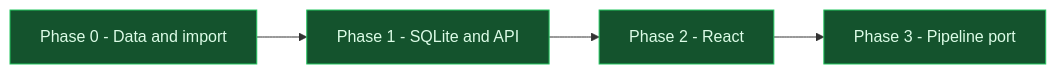
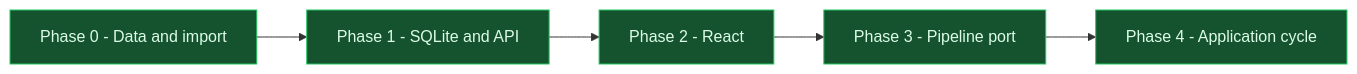
Before and after one commit to HDias/job-search: the diagram in docs/roadmap.md, drawn with Mermaid. The commit also changed other lines of this file and 8 other files, not shown here.

First line of the commit message:
docs: document the application cycle and post-response chat

````diff
--- a/docs/roadmap.md
+++ b/docs/roadmap.md
@@ -5,13 +5,15 @@
 ```mermaid
 flowchart LR
   F0["Phase 0 - Data and import"]:::done
   F1["Phase 1 - SQLite and API"]:::done
   F2["Phase 2 - React"]:::done
   F3["Phase 3 - Pipeline port"]:::done
+  F4["Phase 4 - Application cycle"]:::done
 
   F0 --> F1 --> F2
   F2 --> F3
+  F3 --> F4
 
   classDef done fill:#14532d,stroke:#22c55e,color:#dcfce7
   classDef active fill:#1e3a8a,stroke:#3b82f6,color:#dbeafe
 ```
````
